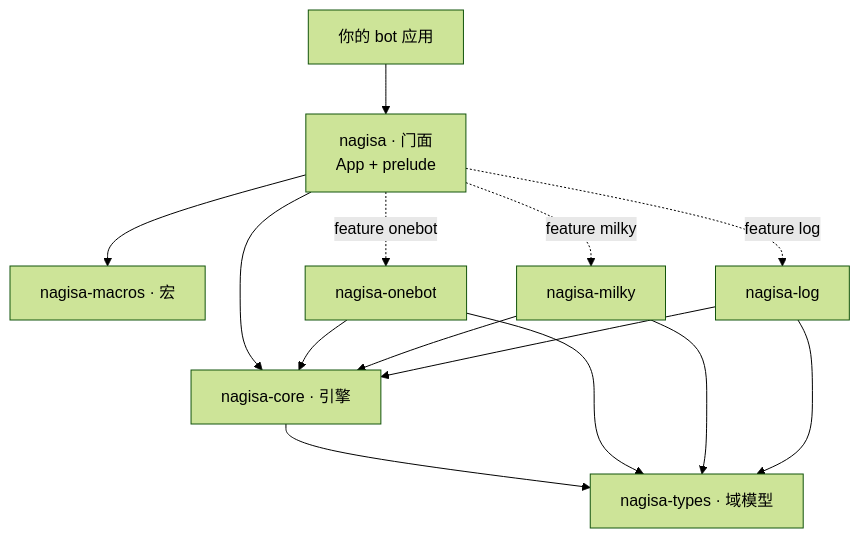
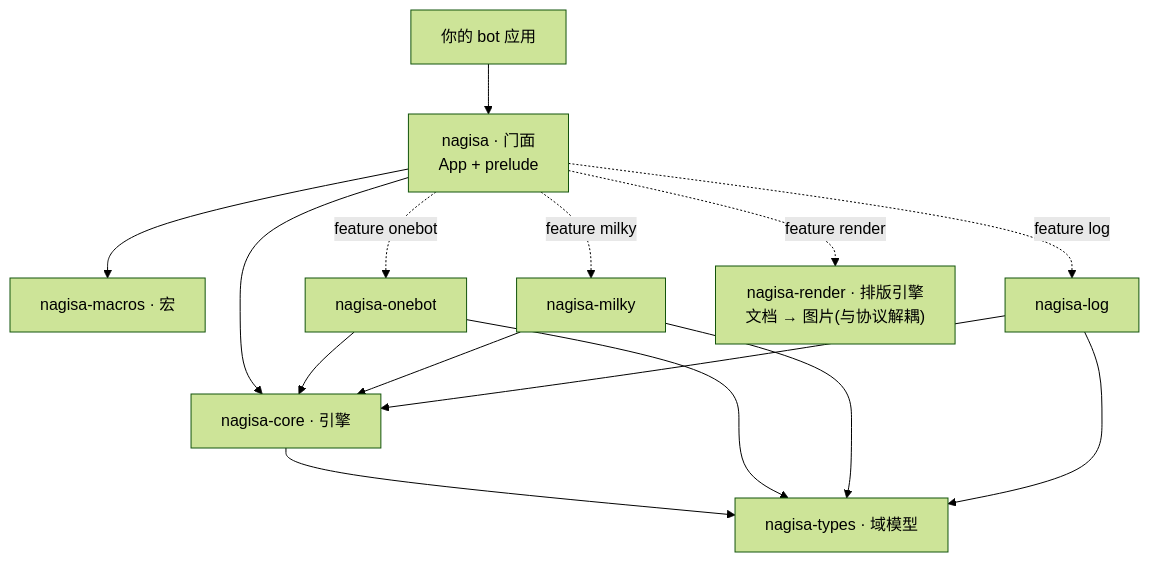
One commit to djkcyl/nagisa changed the second of 2 diagrams in README.md. Above: the diagram before and after it, drawn with Mermaid (forest theme). The commit also changed other lines of this file and 25 other files, not shown here.

First line of the commit message:
nagisa-render:文本排版引擎(文档 → 图片)

````diff
--- a/README.md
+++ b/README.md
@@ -283,16 +286,17 @@
 ```mermaid
 graph TD
     APP["你的 bot 应用"] --> FAC["nagisa · 门面<br/>App + prelude"]
     FAC --> CORE["nagisa-core · 引擎"]
     FAC --> MAC["nagisa-macros · 宏"]
     FAC -. feature onebot .-> OB["nagisa-onebot"]
     FAC -. feature milky .-> MK["nagisa-milky"]
     FAC -. feature log .-> LOG["nagisa-log"]
+    FAC -. feature render .-> RND["nagisa-render · 排版引擎<br/>文档 → 图片(与协议解耦)"]
     CORE --> TY["nagisa-types · 域模型"]
     OB --> CORE
     MK --> CORE
     LOG --> CORE
     OB --> TY
     MK --> TY
     LOG --> TY
 ```
````
